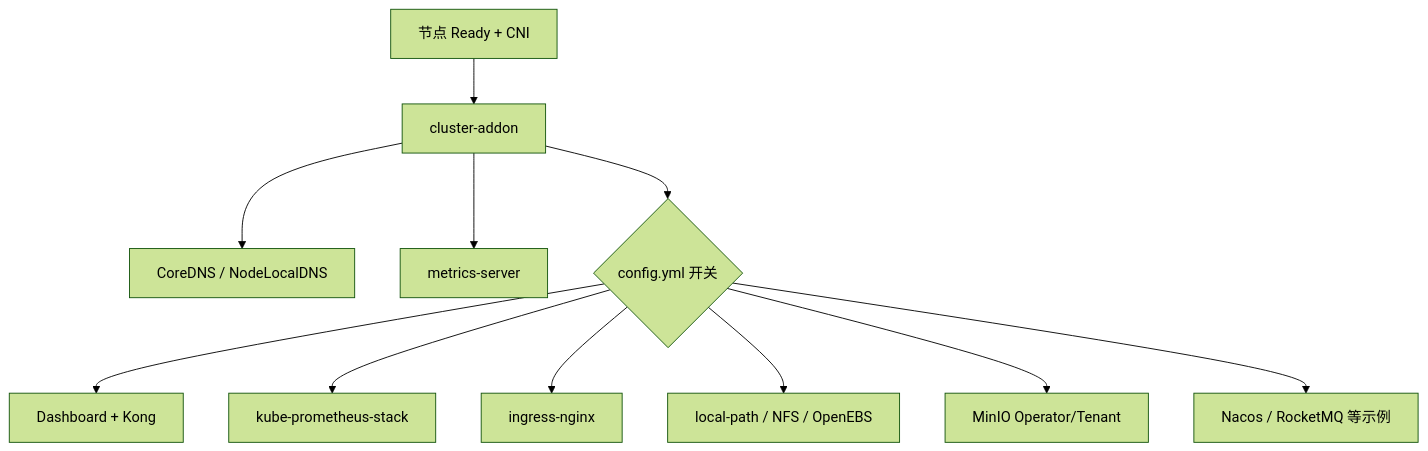
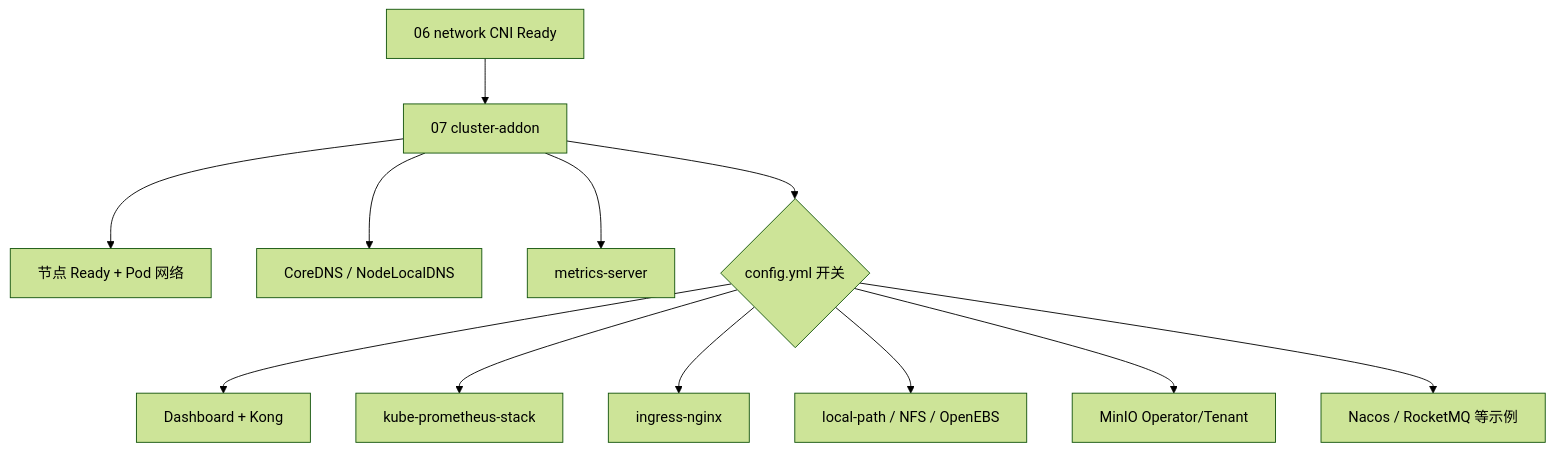
One commit to brinnatt/kubeauto changed the first of 4 diagrams in docs/whitepaper/12-addons-observability.md. Above: the diagram before and after it, drawn with Mermaid (forest theme). The commit also changed other lines of this file and 20 other files, not shown here.

````diff
--- a/docs/whitepaper/12-addons-observability.md
+++ b/docs/whitepaper/12-addons-observability.md
@@ -12,13 +17,14 @@
 ```mermaid
 flowchart TB
-  BASE[节点 Ready + CNI] --> ADD[cluster-addon]
+  NET[06 network CNI Ready] --> ADD[07 cluster-addon]
+  ADD --> BASE[节点 Ready + Pod 网络]
   ADD --> DNS[CoreDNS / NodeLocalDNS]
   ADD --> MS[metrics-server]
   ADD --> OPT{config.yml 开关}
   OPT --> DB[Dashboard + Kong]
   OPT --> PROM[kube-prometheus-stack]
   OPT --> ING[ingress-nginx]
   OPT --> STG[local-path / NFS / OpenEBS]
   OPT --> MINIO[MinIO Operator/Tenant]
   OPT --> MW[Nacos / RocketMQ 等示例]
 ```
````
